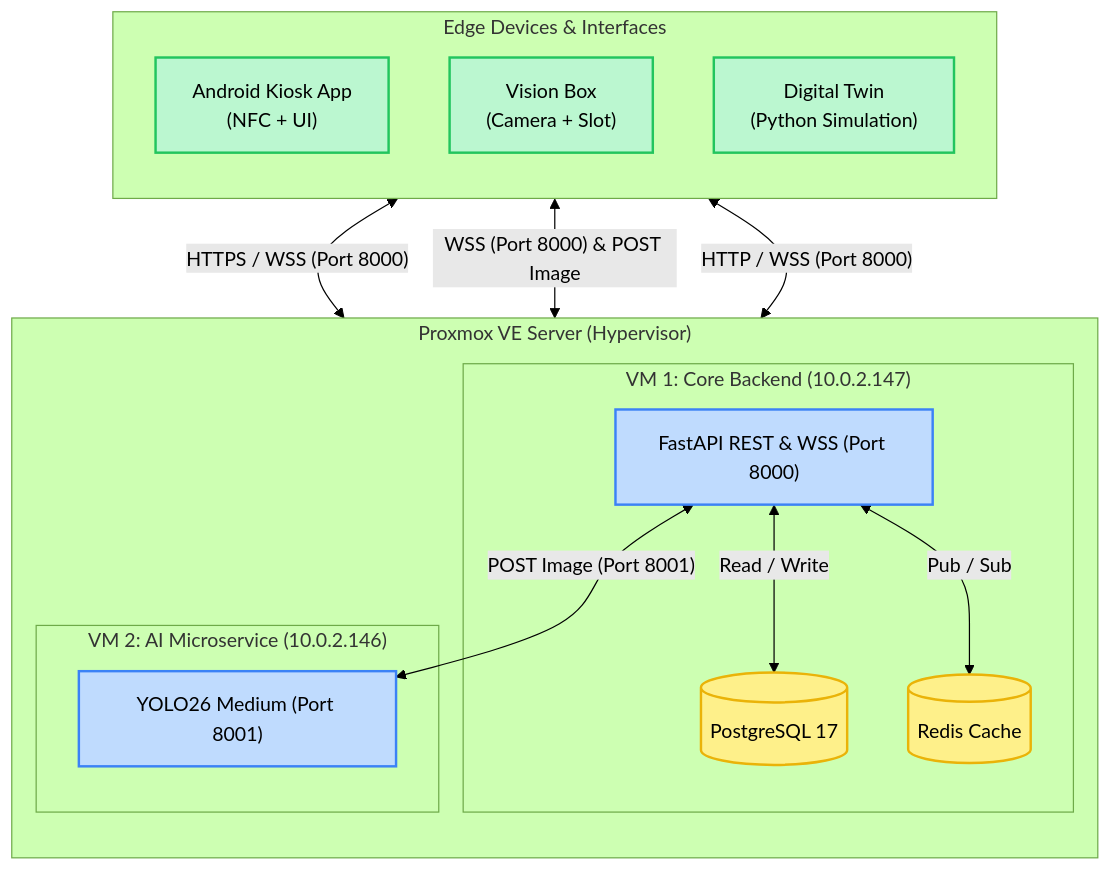
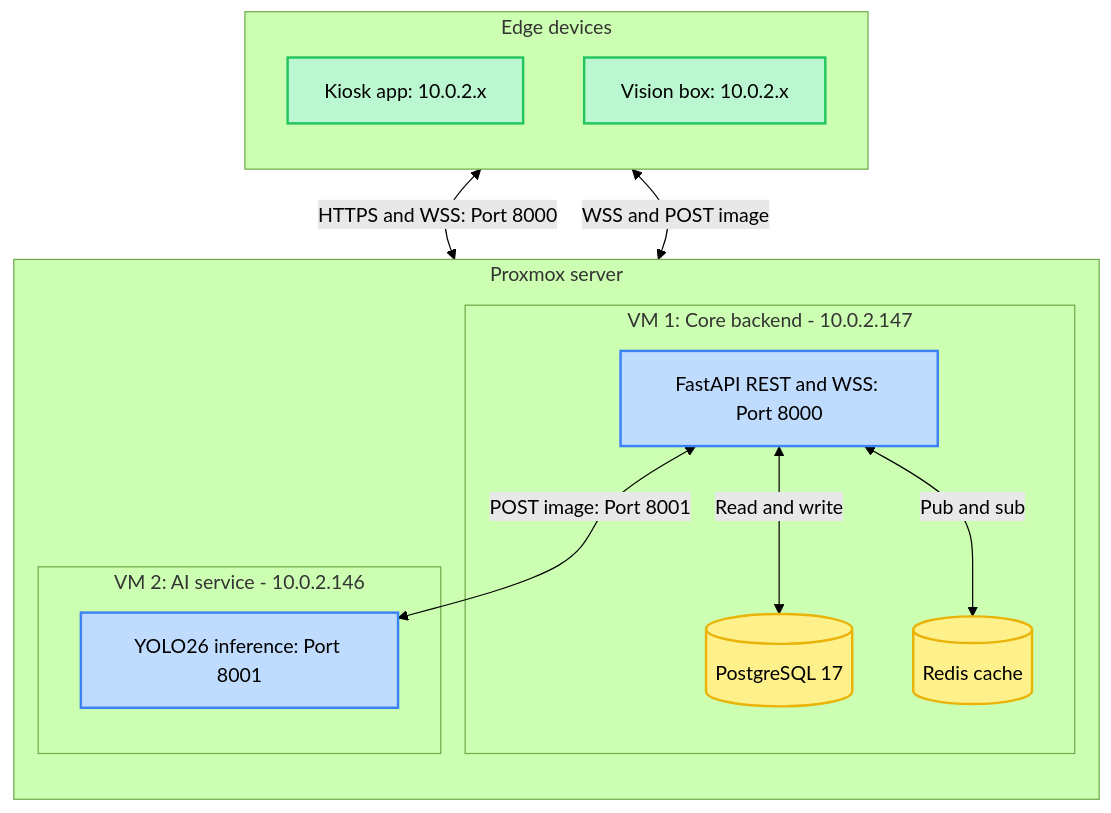
Before and after one commit to easylend-practice-enterprise/easylend: the first of 2 diagrams in docs/architecture/01_topology.md, drawn with Mermaid (forest theme). The commit also changed other lines of this file and 34 other files, not shown here.

First line of the commit message:
Refactor documentation and architecture for EasyLend

````diff
--- a/docs/architecture/01_topology.md
+++ b/docs/architecture/01_topology.md
@@ -9,37 +9,34 @@
 ```mermaid
 flowchart TD
     %% STYLES
     classDef container fill:#bfdbfe,stroke:#3b82f6,stroke-width:2px,color:#000;
     classDef db fill:#fef08a,stroke:#eab308,stroke-width:2px,color:#000;
     classDef edge fill:#bbf7d0,stroke:#22c55e,stroke-width:2px,color:#000;
 
-    subgraph Edge ["Edge Devices & Interfaces"]
+    subgraph Edge [Edge devices]
         direction TB
-        K["Android Kiosk App<br/>(NFC + UI)"]:::edge
-        V["Vision Box<br/>(Camera + Slot)"]:::edge
-        S["Digital Twin<br/>(Python Simulation)"]:::edge
+        K["Kiosk app: 10.0.2.x"]:::edge
+        V["Vision box: 10.0.2.x"]:::edge
     end
 
-    subgraph Proxmox ["Proxmox VE Server (Hypervisor)"]
+    subgraph Proxmox [Proxmox server]
         direction TB
 
-        subgraph VM1 ["VM 1: Core Backend (10.0.2.147)"]
-            API["FastAPI REST & WSS (Port 8000)"]:::container
+        subgraph VM1 [VM 1: Core backend - 10.0.2.147]
+            API["FastAPI REST and WSS: Port 8000"]:::container
             DB[("PostgreSQL 17")]:::db
-            REDIS[("Redis Cache")]:::db
+            REDIS[("Redis cache")]:::db
         end
 
-        subgraph VM2 ["VM 2: AI Microservice (10.0.2.146)"]
-            YOLO["YOLO26 Medium (Port 8001)"]:::container
+        subgraph VM2 [VM 2: AI service - 10.0.2.146]
+            YOLO["YOLO26 inference: Port 8001"]:::container
         end
     end
 
     %% Connections
-    K <-->|"HTTPS / WSS (Port 8000)"| API
-    V <-->|"WSS (Port 8000) & POST Image"| API
-    S <-->|"HTTP / WSS (Port 8000)"| API
-
-    API <-->|"Read / Write"| DB
-    API <-->|"Pub / Sub"| REDIS
-    API <-->|"POST Image (Port 8001)"| YOLO
+    K <-->|"HTTPS and WSS: Port 8000"| API
+    V <-->|"WSS and POST image"| API
+    API <-->|"Read and write"| DB
+    API <-->|"Pub and sub"| REDIS
+    API <-->|"POST image: Port 8001"| YOLO
 ```
````
